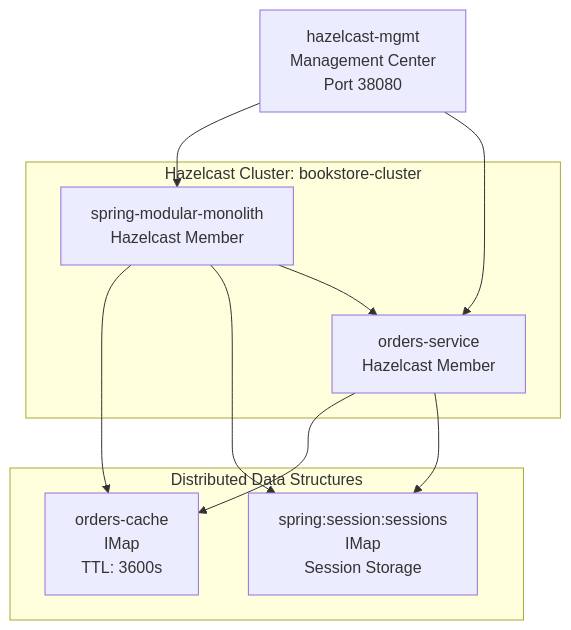
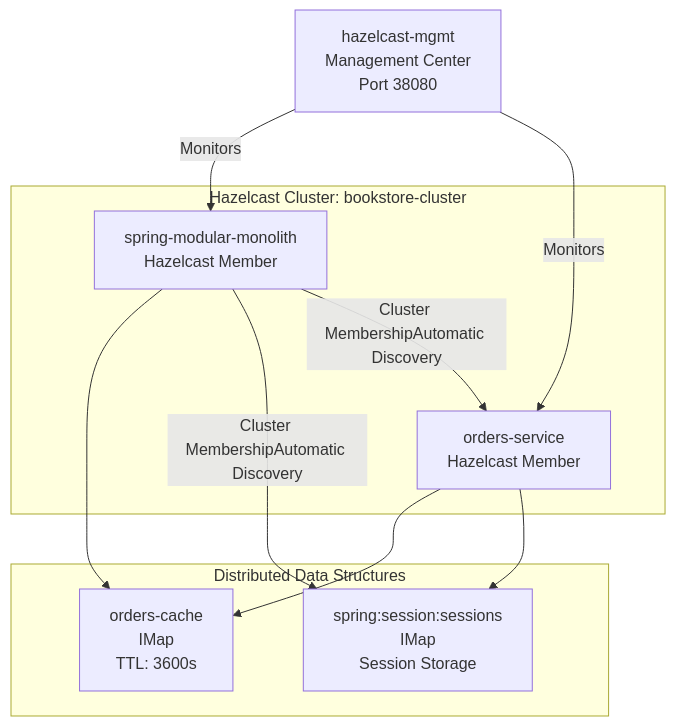
The seventh of 10 diagrams in docs/deepwiki/Orders-Service-Architecture.md (philipz/spring-modular-monolith), drawn with Mermaid before and after one commit. The commit also changed other lines of this file and 55 other files, not shown here.

````diff
--- a/docs/deepwiki/Orders-Service-Architecture.md
+++ b/docs/deepwiki/Orders-Service-Architecture.md
@@ -442,27 +442,27 @@
 ```mermaid
 flowchart TD
 
 MonolithCache["spring-modular-monolith<br>Hazelcast Member"]
 OrdersCache["orders-service<br>Hazelcast Member"]
 OrdersMap["orders-cache<br>IMap<String, Object><br>TTL: 3600s"]
 SessionMap["spring:session:sessions<br>IMap<br>Session Storage"]
 HZMgmt["hazelcast-mgmt<br>Management Center<br>Port 38080"]
 
 MonolithCache --> OrdersMap
 OrdersCache --> OrdersMap
-MonolithCache --> SessionMap
+MonolithCache -->|"Cluster MembershipAutomatic Discovery"| SessionMap
 OrdersCache --> SessionMap
-HZMgmt --> MonolithCache
-HZMgmt --> OrdersCache
+HZMgmt -->|"Monitors"| MonolithCache
+HZMgmt -->|"Monitors"| OrdersCache
 
 subgraph subGraph1 ["Distributed Data Structures"]
     OrdersMap
     SessionMap
 end
 
 subgraph subGraph0 ["Hazelcast Cluster: bookstore-cluster"]
     MonolithCache
     OrdersCache
-    MonolithCache --> OrdersCache
+    MonolithCache -->|"Cluster MembershipAutomatic Discovery"| OrdersCache
 end
 ```
````
